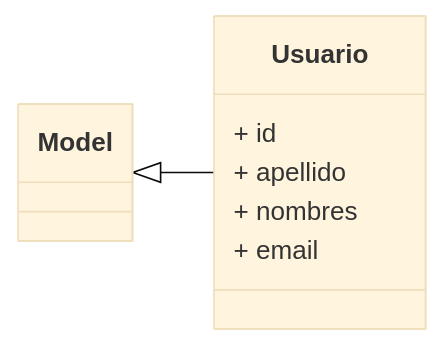
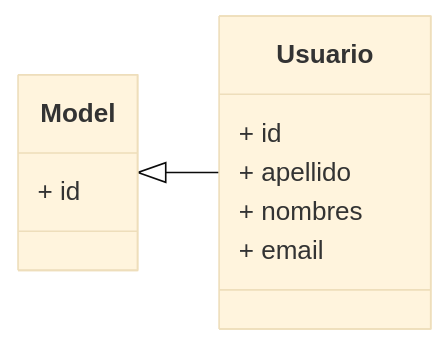
Before and after one commit to eormeno/dbacki_2024: the fourth of 5 diagrams in migrations.md, drawn with Mermaid (base theme). The commit also changed other lines of this file and 1 other file, not shown here.

````diff
--- a/migrations.md
+++ b/migrations.md
@@ -303,14 +310,14 @@
 ```mermaid
 classDiagram
     direction LR
     Model <|-- Usuario
     class Model {
-
+        + id
     }
     class Usuario {
         + id
         + apellido
         + nombres
         + email
     }
 ```
````
